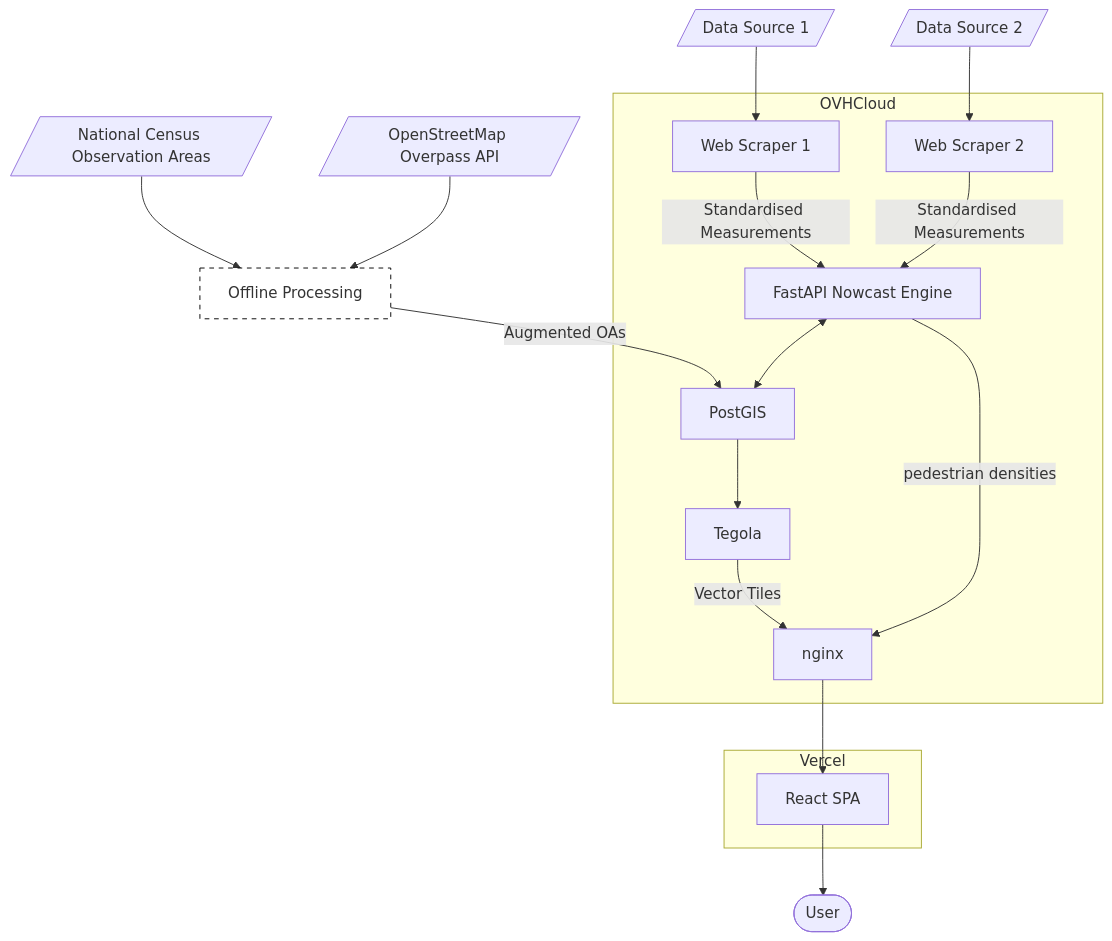
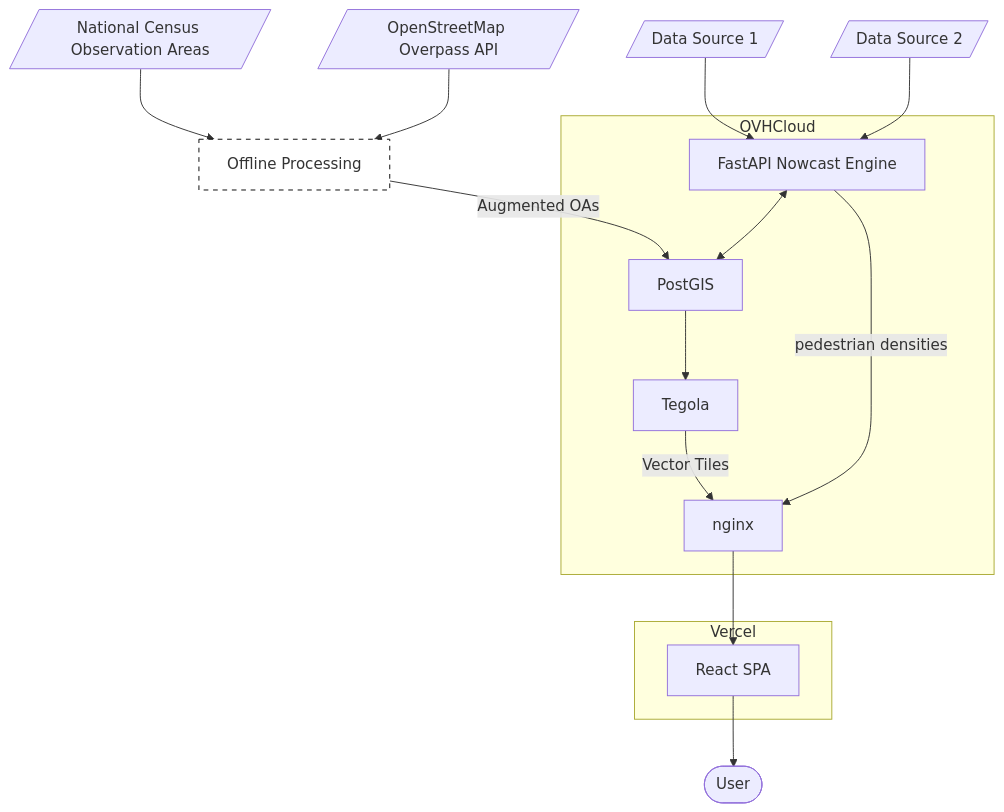
Before and after one commit to TristanGoss/edicrowds-frontend: the diagram in README.md, drawn with Mermaid. The commit also changed other lines of this file, not shown here.

````diff
--- a/README.md
+++ b/README.md
@@ -24,27 +24,25 @@
 ```mermaid
 graph TD
 
-  DataSource1[/Data Source 1/] --> WebScraper1
-  DataSource2[/Data Source 2/] --> WebScraper2
+  DataSource1[/Data Source 1/] --> Engine
+  DataSource2[/Data Source 2/] --> Engine
   CensusOAs[/National Census Observation Areas/] --> OfflineProcessing
   OpenStreetMap[/OpenStreetMap Overpass API/] --> OfflineProcessing
   OfflineProcessing[Offline Processing] -->|Augmented OAs| PostGIS
 
   subgraph OVHCloud
-    WebScraper1[Web Scraper 1] -->|Standardised Measurements| Engine
-    WebScraper2[Web Scraper 2] -->|Standardised Measurements| Engine
     PostGIS --> Tegola
     Tegola -->|Vector Tiles| nginx
     Engine <--> PostGIS
     Engine[FastAPI Nowcast Engine] -->|pedestrian densities| nginx
   end
 
   subgraph Vercel
     nginx --> ReactSPA[React SPA]
   end
 
   ReactSPA --> User([User])
 
   classDef offline fill:#fff,stroke:#000,stroke-dasharray: 5 5;
   class OfflineProcessing offline;
 ```
````
